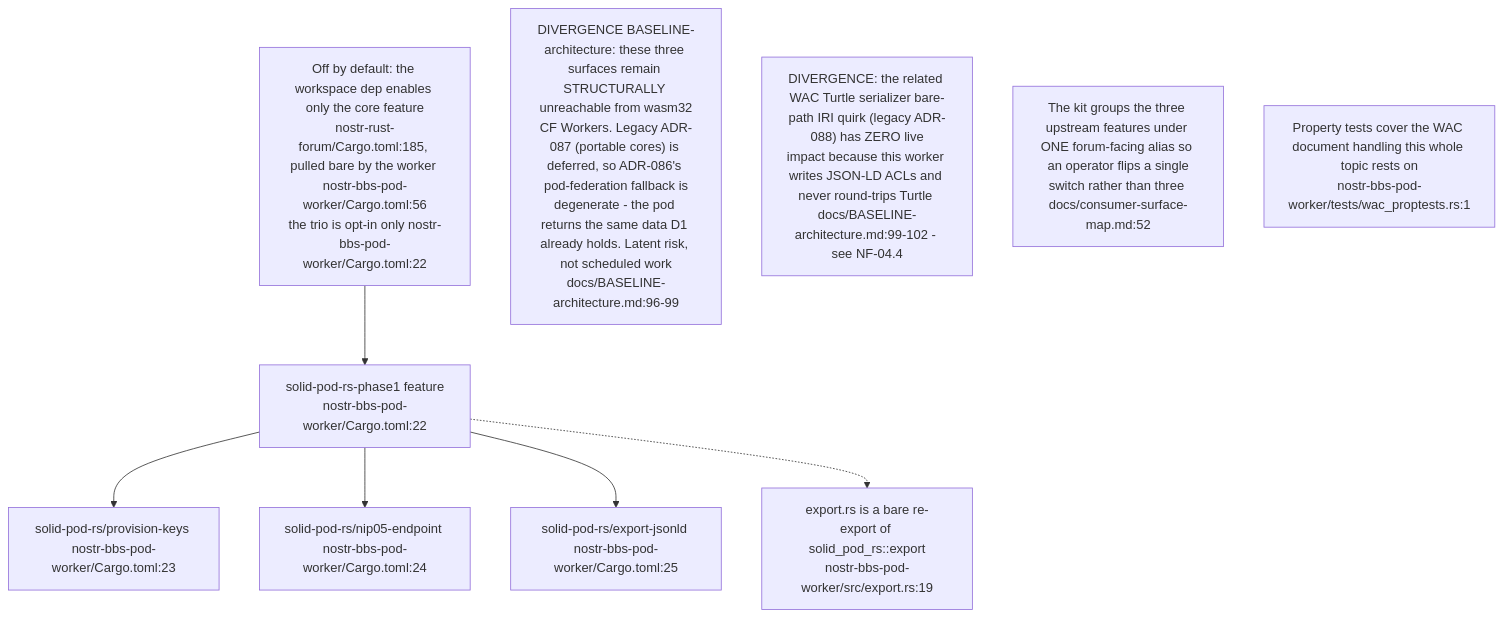
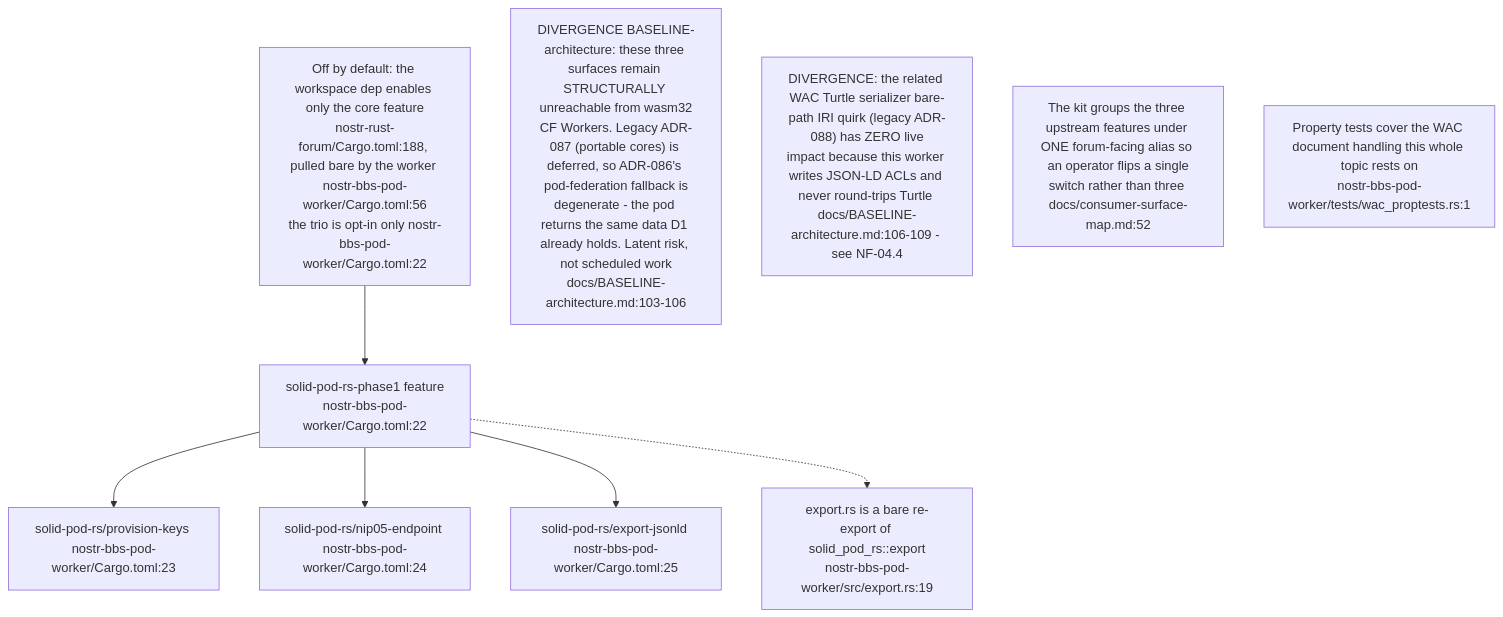
One commit to DreamLab-AI/VisionFlow changed the ninth of 10 diagrams in docs/diagrams/nostr-rust-forum/04-pod-worker-ldp-wac-and-delegation.md. Above: the diagram before and after it, drawn with Mermaid. The commit also changed other lines of this file, not shown here.

Commit message:
docs(diagrams): NF-04 re-verified at nostr-rust-forum af4f0d5 (solid-pod-rs alpha.24 floor)

````diff
--- a/docs/diagrams/nostr-rust-forum/04-pod-worker-ldp-wac-and-delegation.md
+++ b/docs/diagrams/nostr-rust-forum/04-pod-worker-ldp-wac-and-delegation.md
@@ -271,18 +271,18 @@
 ```mermaid
 flowchart TB
     FEAT["solid-pod-rs-phase1 feature<br/>nostr-bbs-pod-worker/Cargo.toml:22"]
     F1["solid-pod-rs/provision-keys nostr-bbs-pod-worker/Cargo.toml:23"]
     F2["solid-pod-rs/nip05-endpoint nostr-bbs-pod-worker/Cargo.toml:24"]
     F3["solid-pod-rs/export-jsonld nostr-bbs-pod-worker/Cargo.toml:25"]
     EXPORT["export.rs is a bare re-export of solid_pod_rs::export<br/>nostr-bbs-pod-worker/src/export.rs:19"]
-    STATE["Off by default: the workspace dep enables only the core feature<br/>nostr-rust-forum/Cargo.toml:185, pulled bare by the worker nostr-bbs-pod-worker/Cargo.toml:56<br/>the trio is opt-in only nostr-bbs-pod-worker/Cargo.toml:22"]
+    STATE["Off by default: the workspace dep enables only the core feature<br/>nostr-rust-forum/Cargo.toml:188, pulled bare by the worker nostr-bbs-pod-worker/Cargo.toml:56<br/>the trio is opt-in only nostr-bbs-pod-worker/Cargo.toml:22"]
 
     FEAT --> F1 & F2 & F3
     FEAT -.-> EXPORT
     STATE --> FEAT
 
-    N1["DIVERGENCE BASELINE-architecture: these three surfaces remain STRUCTURALLY unreachable from wasm32<br/>CF Workers. Legacy ADR-087 (portable cores) is deferred, so ADR-086's pod-federation fallback is<br/>degenerate - the pod returns the same data D1 already holds. Latent risk, not scheduled work<br/>docs/BASELINE-architecture.md:96-99"]
-    N2["DIVERGENCE: the related WAC Turtle serializer bare-path IRI quirk (legacy ADR-088) has ZERO live<br/>impact because this worker writes JSON-LD ACLs and never round-trips Turtle docs/BASELINE-architecture.md:99-102 - see NF-04.4"]
+    N1["DIVERGENCE BASELINE-architecture: these three surfaces remain STRUCTURALLY unreachable from wasm32<br/>CF Workers. Legacy ADR-087 (portable cores) is deferred, so ADR-086's pod-federation fallback is<br/>degenerate - the pod returns the same data D1 already holds. Latent risk, not scheduled work<br/>docs/BASELINE-architecture.md:103-106"]
+    N2["DIVERGENCE: the related WAC Turtle serializer bare-path IRI quirk (legacy ADR-088) has ZERO live<br/>impact because this worker writes JSON-LD ACLs and never round-trips Turtle docs/BASELINE-architecture.md:106-109 - see NF-04.4"]
     N3["The kit groups the three upstream features under ONE forum-facing alias so an operator flips a single<br/>switch rather than three docs/consumer-surface-map.md:52"]
     N4["Property tests cover the WAC document handling this whole topic rests on<br/>nostr-bbs-pod-worker/tests/wac_proptests.rs:1"]
 ```
````
